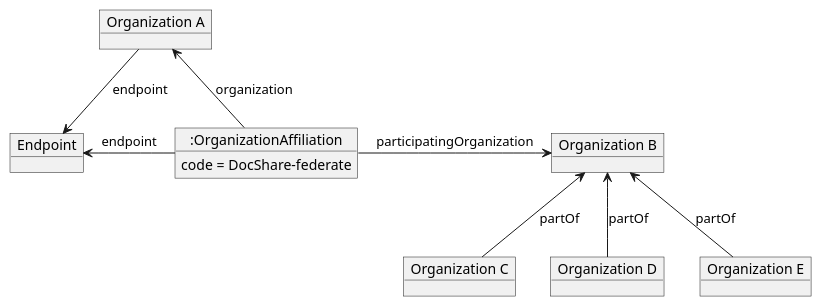
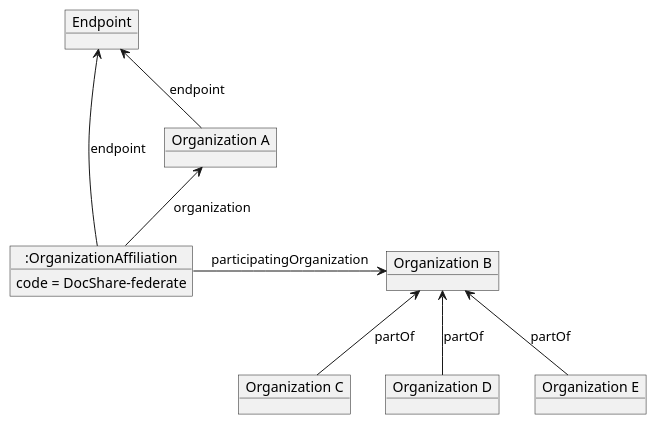
The diagram in input/images-source/dir-endpoint-to-hybrid-org-structure.plantuml (IHE/ITI.mCSD), drawn with PlantUML before and after one commit.

```diff
--- a/input/images-source/dir-endpoint-to-hybrid-org-structure.plantuml
+++ b/input/images-source/dir-endpoint-to-hybrid-org-structure.plantuml
@@ -1,22 +1,22 @@
 @startuml
 hide footbox
 
 object "Organization A" as OrganizationA
 object "Organization B" as OrganizationB
 object "Endpoint" as EndpointA
 object "Organization C" as OrganizationC
 object "Organization D" as OrganizationD
 object "Organization E" as OrganizationE
 object ":OrganizationAffiliation" as OrgAff
 OrgAff : code = DocShare-federate
 OrgAff -> OrganizationB : participatingOrganization
 OrganizationA <-- OrgAff : organization
 
-OrganizationA --> EndpointA : endpoint
+EndpointA <-- OrganizationA : endpoint
 EndpointA <- OrgAff : endpoint
 
 OrganizationB <-- OrganizationC : partOf
 OrganizationB <-- OrganizationD : partOf
 OrganizationB <-- OrganizationE : partOf
 
 @enduml
```
